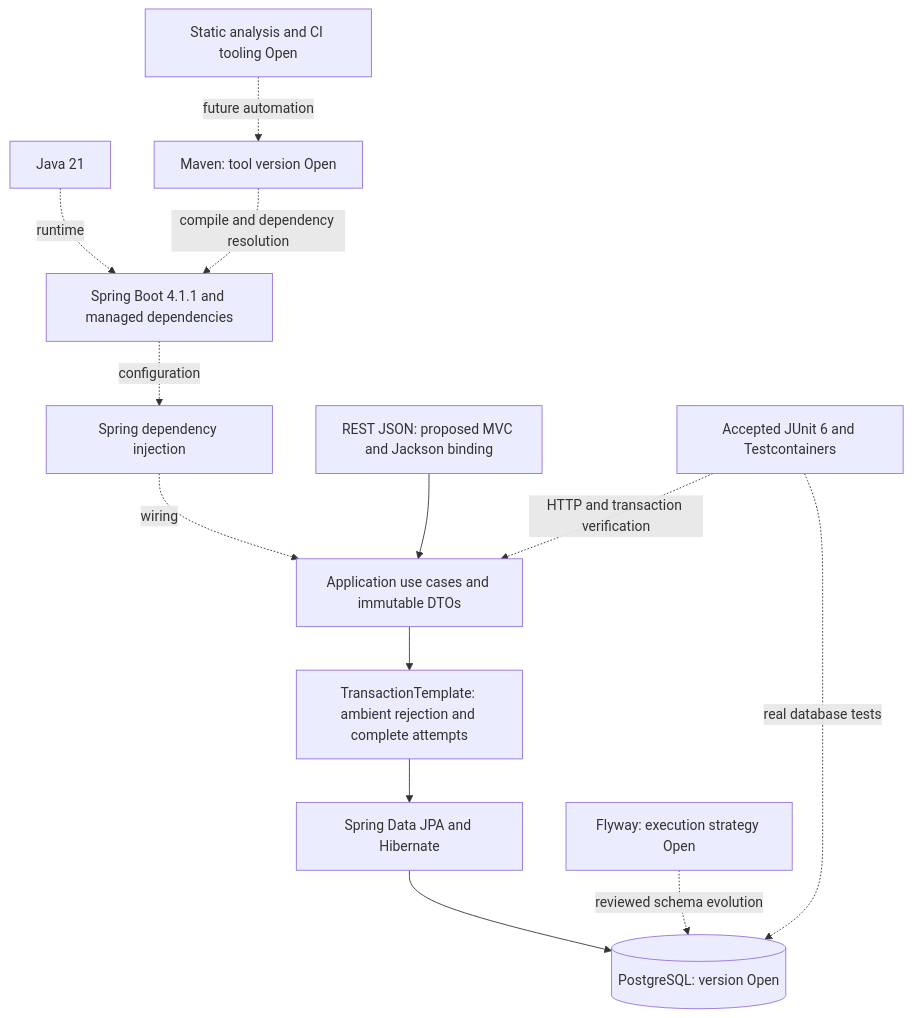
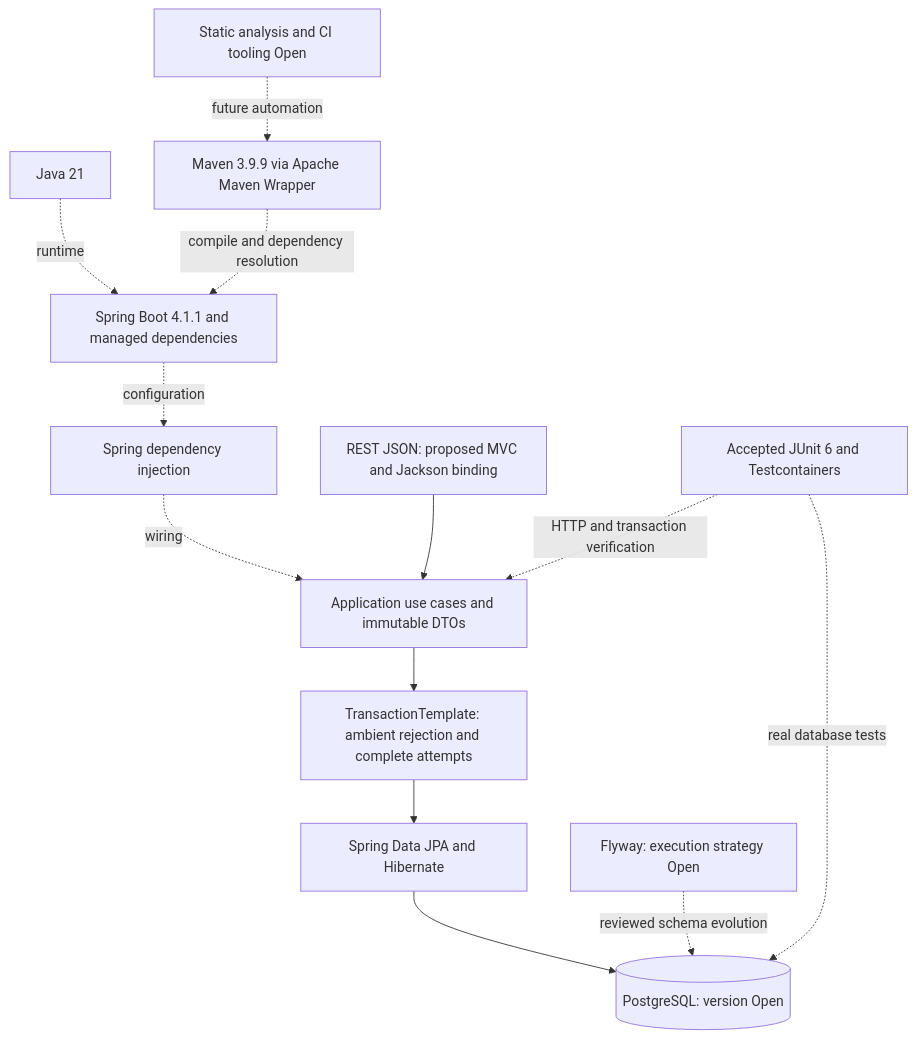
One commit to uvormbrock/agentic-order-service changed the diagram in docs/02-architecture/technology-stack.md. Above: the diagram before and after it, drawn with Mermaid. The commit also changed other lines of this file and 5 other files, not shown here.

Commit message:
build: add Maven 3.9.9 wrapper with explicit line endings

````diff
--- a/docs/02-architecture/technology-stack.md
+++ b/docs/02-architecture/technology-stack.md
@@ -136,27 +136,27 @@
 ```mermaid
 flowchart TB
     JAVA["Java 21"]
     BOOT["Spring Boot 4.1.1 and managed dependencies"]
     DI["Spring dependency injection"]
     REST["REST JSON: proposed MVC and Jackson binding"]
     APP["Application use cases and immutable DTOs"]
     TX["TransactionTemplate: ambient rejection and complete attempts"]
     DATA["Spring Data JPA and Hibernate"]
     PG[("PostgreSQL: version Open")]
     FLY["Flyway: execution strategy Open"]
-    BUILD["Maven: tool version Open"]
+    BUILD["Maven 3.9.9 via Apache Maven Wrapper"]
     TEST["Accepted JUnit 6 and Testcontainers"]
     QUALITY["Static analysis and CI tooling Open"]
     JAVA -. "runtime" .-> BOOT
     BOOT -. "configuration" .-> DI
     DI -. "wiring" .-> APP
     REST --> APP
     APP --> TX
     TX --> DATA
     DATA --> PG
     FLY -. "reviewed schema evolution" .-> PG
     BUILD -. "compile and dependency resolution" .-> BOOT
     TEST -. "HTTP and transaction verification" .-> APP
     TEST -. "real database tests" .-> PG
     QUALITY -. "future automation" .-> BUILD
 ```
````
